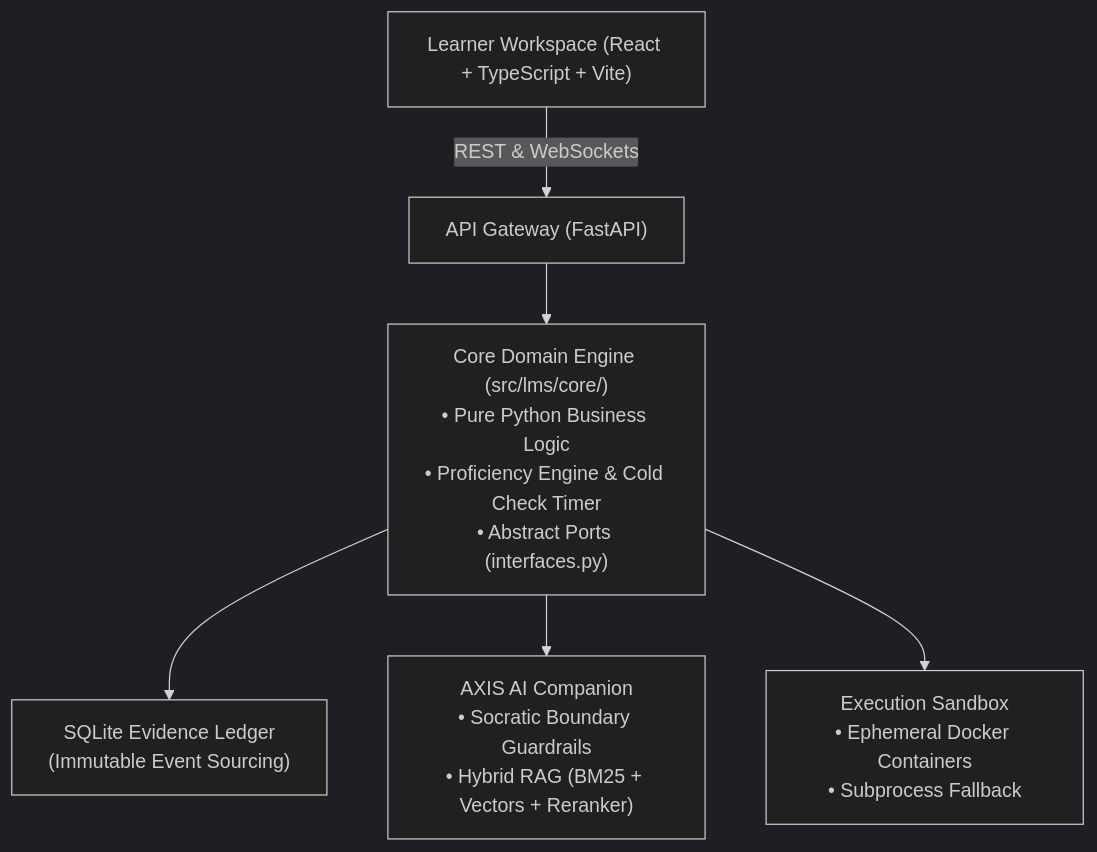
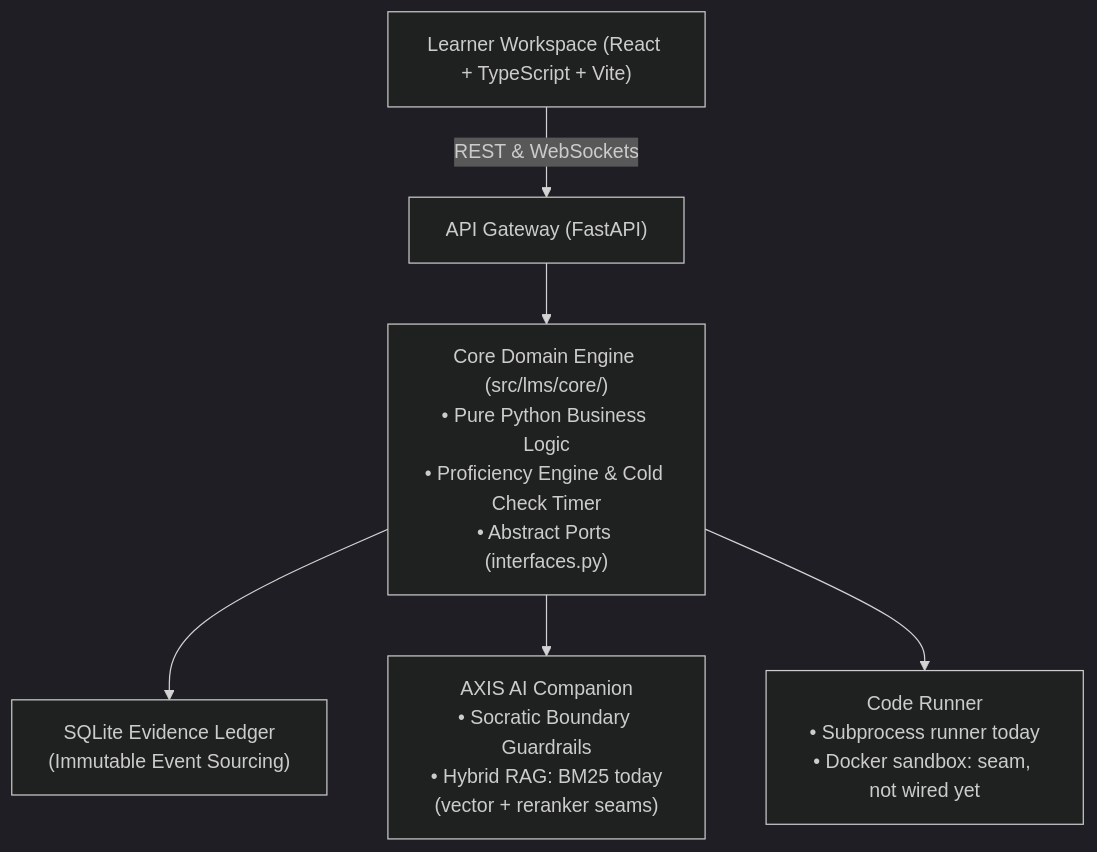
Before and after one commit to AsheeshSrivastava/aethelgard-academy: the diagram in README.md, drawn with Mermaid (dark theme). The commit also changed other lines of this file and 4 other files, not shown here.

First line of the commit message:
A1: honest docs (built today vs pluggable seams), pyproject metadata, devcontainer 3.14

````diff
--- a/README.md
+++ b/README.md
@@ -33,9 +33,9 @@
 ```mermaid
 flowchart TD
     UI["Learner Workspace (React + TypeScript + Vite)"] -->|REST & WebSockets| API["API Gateway (FastAPI)"]
     API --> Core["Core Domain Engine (src/lms/core/)<br/>• Pure Python Business Logic<br/>• Proficiency Engine & Cold Check Timer<br/>• Abstract Ports (interfaces.py)"]
     
     Core --> DB["SQLite Evidence Ledger<br/>(Immutable Event Sourcing)"]
-    Core --> AI["AXIS AI Companion<br/>• Socratic Boundary Guardrails<br/>• Hybrid RAG (BM25 + Vectors + Reranker)"]
-    Core --> Runner["Execution Sandbox<br/>• Ephemeral Docker Containers<br/>• Subprocess Fallback"]
+    Core --> AI["AXIS AI Companion<br/>• Socratic Boundary Guardrails<br/>• Hybrid RAG: BM25 today<br/>(vector + reranker seams)"]
+    Core --> Runner["Code Runner<br/>• Subprocess runner today<br/>• Docker sandbox: seam, not wired yet"]
 ```
````
